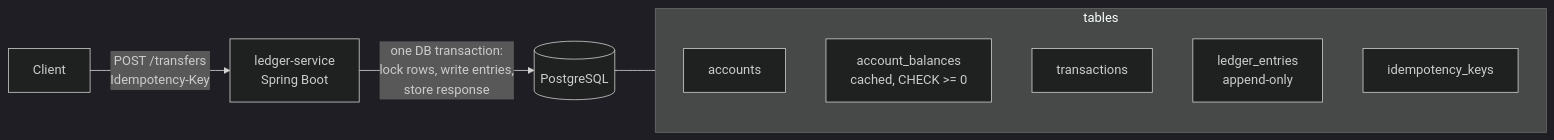
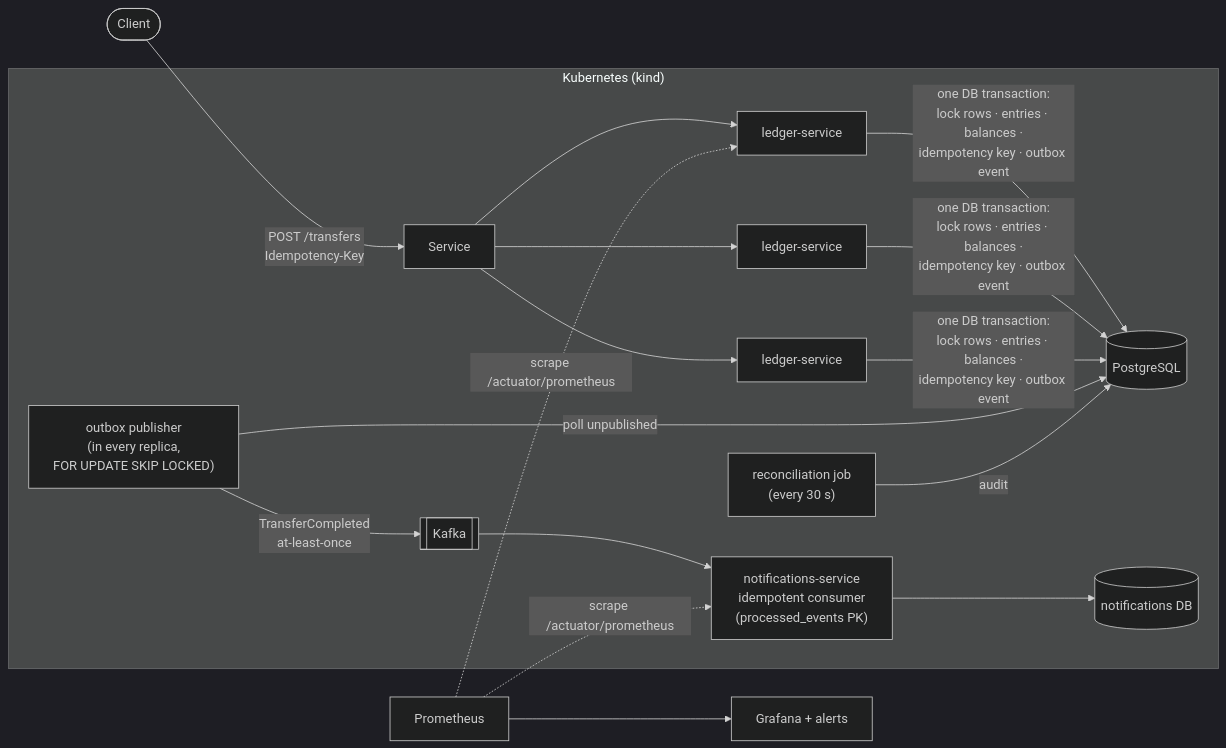
The diagram in README.md (alexxaviers/payments-ledger), drawn with Mermaid (dark theme) before and after one commit. The commit also changed other lines of this file and 9 other files, not shown here.

````diff
--- a/README.md
+++ b/README.md
@@ -19,13 +28,17 @@
 ```mermaid
 flowchart LR
-    C[Client] -->|POST /transfers<br/>Idempotency-Key| API[ledger-service<br/>Spring Boot]
-    API -->|one DB transaction:<br/>lock rows, write entries,<br/>store response| PG[(PostgreSQL)]
-    subgraph PG_tables [tables]
-      A[accounts]
-      B[account_balances<br/>cached, CHECK >= 0]
-      T[transactions]
-      E[ledger_entries<br/>append-only]
-      I[idempotency_keys]
+    client([Client]) -->|"POST /transfers<br/>Idempotency-Key"| svc
+
+    subgraph k8s ["Kubernetes (kind)"]
+      svc[Service] --> L1[ledger-service] & L2[ledger-service] & L3[ledger-service]
+      L1 & L2 & L3 -->|"one DB transaction:<br/>lock rows · entries · balances ·<br/>idempotency key · outbox event"| PG[(PostgreSQL)]
+      PUB["outbox publisher<br/>(in every replica,<br/>FOR UPDATE SKIP LOCKED)"] -->|poll unpublished| PG
+      PUB -->|"TransferCompleted<br/>at-least-once"| K[[Kafka]]
+      K --> N["notifications-service<br/>idempotent consumer<br/>(processed_events PK)"]
+      N --> NDB[(notifications DB)]
+      REC["reconciliation job<br/>(every 30 s)"] -->|audit| PG
     end
-    PG --- PG_tables
+
+    PROM[Prometheus] -.->|scrape /actuator/prometheus| L1 & N
+    PROM --> GRAF[Grafana + alerts]
 ```
````
